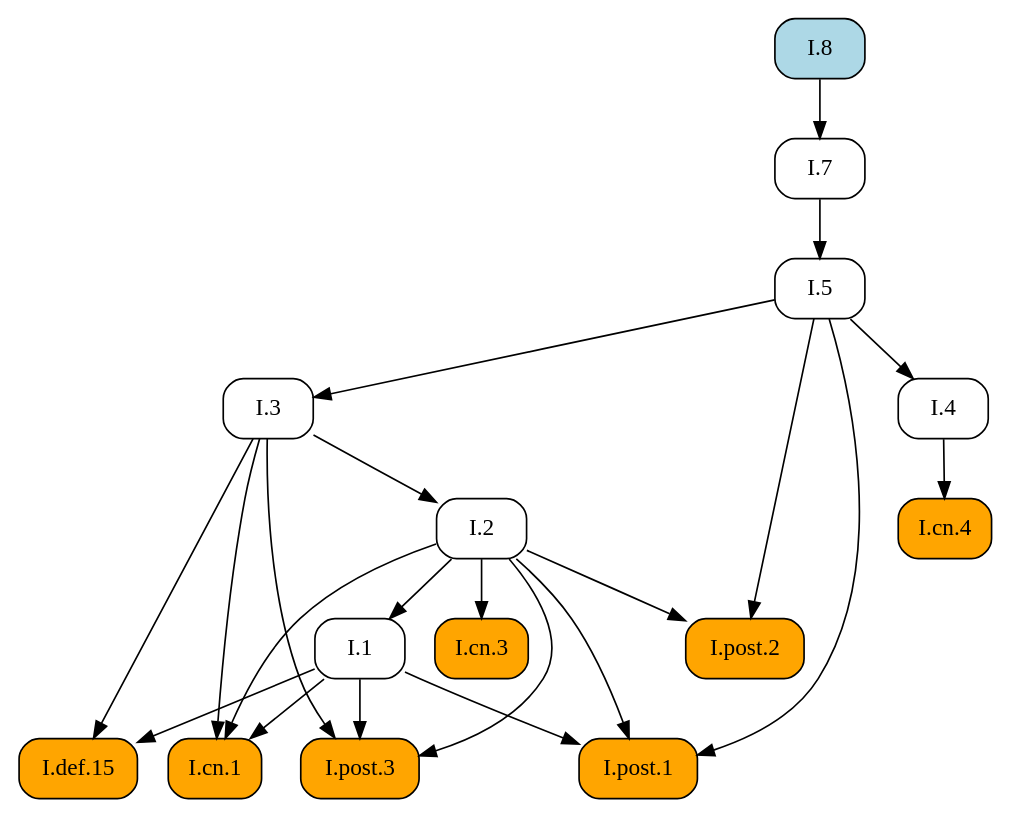
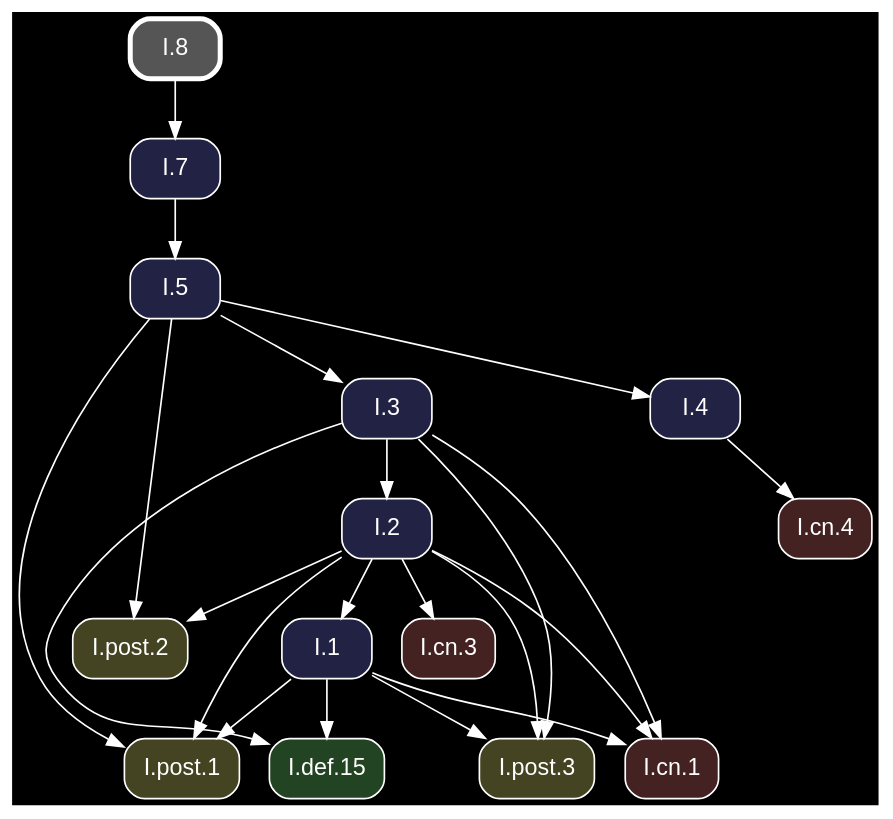
The diagram in docsrc/heath/I/8/index.rst (geometor/elements), drawn with Graphviz before and after one commit. The commit also changed other lines of this file and 1200 other files, not shown here.

Commit message:
update dependency graphs

```diff
--- a/docsrc/heath/I/8/index.rst
+++ b/docsrc/heath/I/8/index.rst
@@ -68,41 +68,43 @@
 .. graphviz::
 
    digraph {
+     bgcolor="black";
+     node [shape=box, style="rounded,filled", fontname="Helvetica", color="white", fontcolor="white"];
+     edge [color="white", fontcolor="white"];
      rankdir="TB";
-     node [shape=box, style=rounded];
-     "I.cn.1" [style="rounded,filled", fillcolor=orange, URL="/heath/I/cn.1/", target="_top"];
-     "I.7" [URL="/heath/I/7/", target="_top"];
-     "I.8" [style="rounded,filled", fillcolor=lightblue, URL="/heath/I/8/", target="_top"];
-     "I.2" [URL="/heath/I/2/", target="_top"];
-     "I.def.15" [style="rounded,filled", fillcolor=orange, URL="/heath/I/def.15/", target="_top"];
-     "I.4" [URL="/heath/I/4/", target="_top"];
-     "I.cn.4" [style="rounded,filled", fillcolor=orange, URL="/heath/I/cn.4/", target="_top"];
-     "I.1" [URL="/heath/I/1/", target="_top"];
-     "I.5" [URL="/heath/I/5/", target="_top"];
-     "I.post.1" [style="rounded,filled", fillcolor=orange, URL="/heath/I/post.1/", target="_top"];
-     "I.post.2" [style="rounded,filled", fillcolor=orange, URL="/heath/I/post.2/", target="_top"];
-     "I.post.3" [style="rounded,filled", fillcolor=orange, URL="/heath/I/post.3/", target="_top"];
-     "I.cn.3" [style="rounded,filled", fillcolor=orange, URL="/heath/I/cn.3/", target="_top"];
-     "I.3" [URL="/heath/I/3/", target="_top"];
+     "I.1" [fillcolor="#222244", URL="/heath/I/1/", target="_top"];
+     "I.post.2" [fillcolor="#444422", URL="/heath/I/post.2/", target="_top"];
+     "I.3" [fillcolor="#222244", URL="/heath/I/3/", target="_top"];
+     "I.post.1" [fillcolor="#444422", URL="/heath/I/post.1/", target="_top"];
+     "I.cn.1" [fillcolor="#442222", URL="/heath/I/cn.1/", target="_top"];
+     "I.post.3" [fillcolor="#444422", URL="/heath/I/post.3/", target="_top"];
+     "I.4" [fillcolor="#222244", URL="/heath/I/4/", target="_top"];
+     "I.8" [penwidth=3, color="white", fillcolor="#555555", URL="/heath/I/8/", target="_top"];
+     "I.cn.3" [fillcolor="#442222", URL="/heath/I/cn.3/", target="_top"];
+     "I.7" [fillcolor="#222244", URL="/heath/I/7/", target="_top"];
+     "I.def.15" [fillcolor="#224422", URL="/heath/I/def.15/", target="_top"];
+     "I.5" [fillcolor="#222244", URL="/heath/I/5/", target="_top"];
+     "I.2" [fillcolor="#222244", URL="/heath/I/2/", target="_top"];
+     "I.cn.4" [fillcolor="#442222", URL="/heath/I/cn.4/", target="_top"];
+     "I.2" -> "I.1";
+     "I.2" -> "I.post.2";
+     "I.5" -> "I.post.2";
+     "I.5" -> "I.3";
+     "I.1" -> "I.post.1";
+     "I.2" -> "I.post.1";
+     "I.5" -> "I.post.1";
      "I.1" -> "I.cn.1";
      "I.2" -> "I.cn.1";
      "I.3" -> "I.cn.1";
-     "I.8" -> "I.7";
-     "I.3" -> "I.2";
-     "I.1" -> "I.def.15";
-     "I.3" -> "I.def.15";
-     "I.5" -> "I.4";
-     "I.4" -> "I.cn.4";
-     "I.2" -> "I.1";
-     "I.7" -> "I.5";
-     "I.1" -> "I.post.1";
-     "I.2" -> "I.post.1";
-     "I.5" -> "I.post.1";
-     "I.2" -> "I.post.2";
-     "I.5" -> "I.post.2";
      "I.1" -> "I.post.3";
      "I.2" -> "I.post.3";
      "I.3" -> "I.post.3";
+     "I.5" -> "I.4";
      "I.2" -> "I.cn.3";
-     "I.5" -> "I.3";
+     "I.8" -> "I.7";
+     "I.1" -> "I.def.15";
+     "I.3" -> "I.def.15";
+     "I.7" -> "I.5";
+     "I.3" -> "I.2";
+     "I.4" -> "I.cn.4";
    }
```
